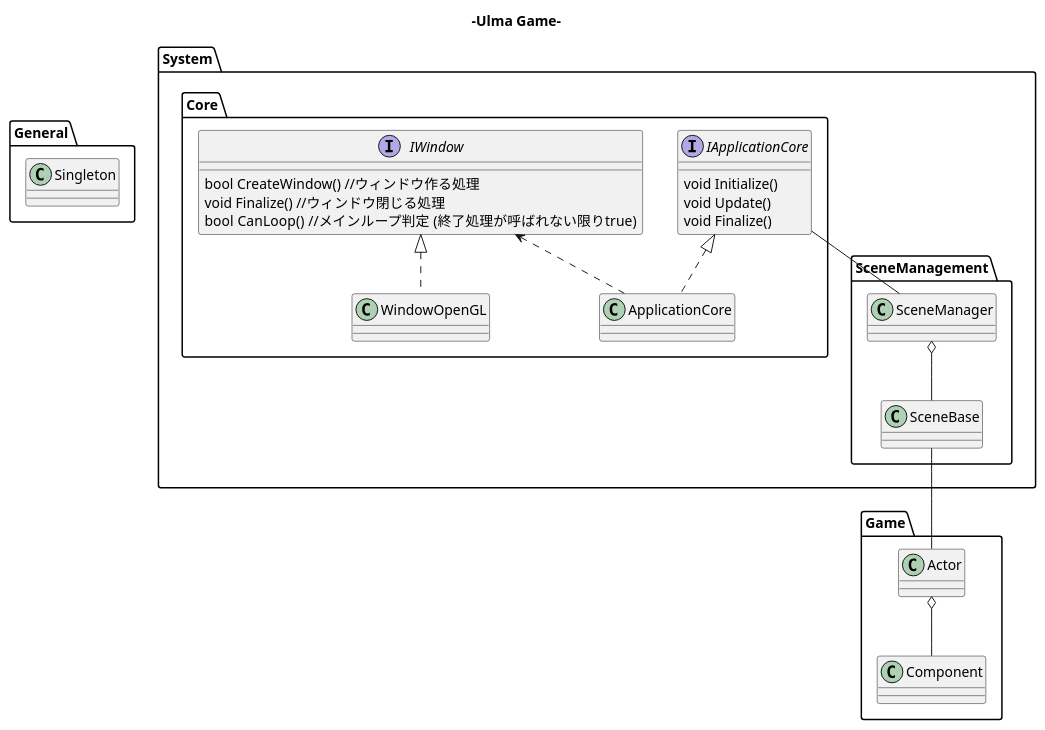
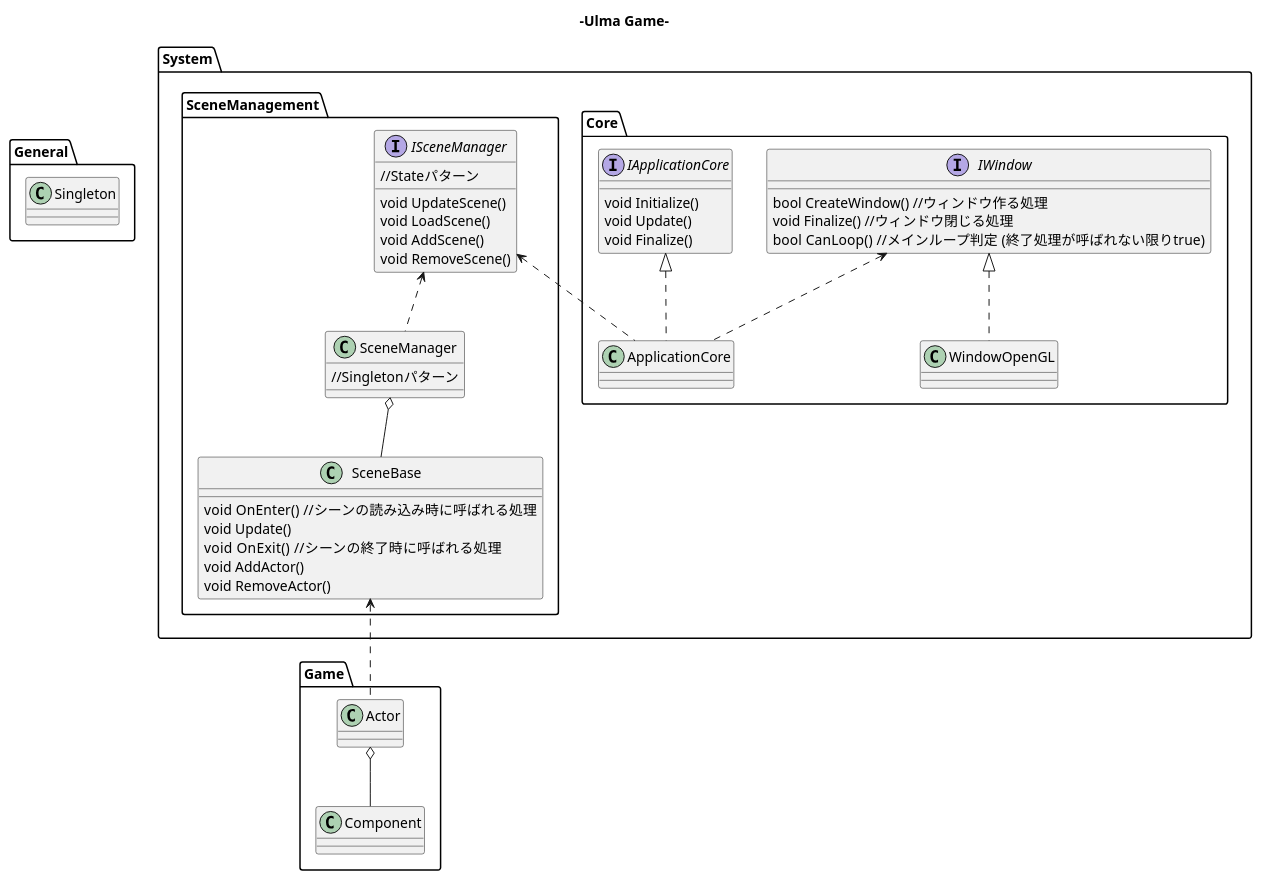
The diagram in Specification/uml/class_diagram.pu (Ulma-S/UlmaGame), drawn with PlantUML before and after one commit. The commit also changed 18 other files, not shown here.

Commit message:
Update base system. Added base interface.

```diff
--- a/Specification/uml/class_diagram.pu
+++ b/Specification/uml/class_diagram.pu
@@ -1,58 +1,71 @@
 @startuml
 title -Ulma Game-
 package General{
     class Singleton{
 
     }
 }
 
 package System{
     package Core{
         interface IWindow{
             bool CreateWindow() //ウィンドウ作る処理
             void Finalize() //ウィンドウ閉じる処理
             bool CanLoop()  //メインループ判定 (終了処理が呼ばれない限りtrue)
         }
 
         class WindowOpenGL{
         }
         IWindow <|.. WindowOpenGL
 
         interface IApplicationCore{
             void Initialize()
             void Update()
             void Finalize()
         }
 
         class ApplicationCore{
 
         }
         IApplicationCore <|.. ApplicationCore
         IWindow <.. ApplicationCore
     }
 
     package SceneManagement{
+        interface ISceneManager{
+            //Stateパターン
+            void UpdateScene()
+            void LoadScene()
+            void AddScene()
+            void RemoveScene()
+        }
+
         class SceneManager{
-
+            //Singletonパターン
         }
 
         class SceneBase{
-
+            void OnEnter()  //シーンの読み込み時に呼ばれる処理
+            void Update()
+            void OnExit()   //シーンの終了時に呼ばれる処理
+            void AddActor()
+            void RemoveActor()
         }
+        ISceneManager <.. SceneManager
         SceneManager o-- SceneBase
     }
-    IApplicationCore -- SceneManager
+    ISceneManager <.. ApplicationCore
 }
 
 package Game{
     class Actor{
 
     }
 
     class Component{
 
     }
 }
-SceneBase -- Actor
+SceneBase <.. Actor
 Actor o-- Component
 @enduml
```
